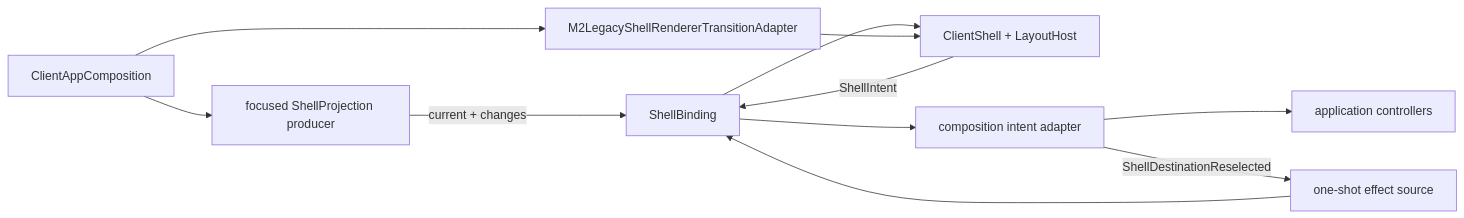
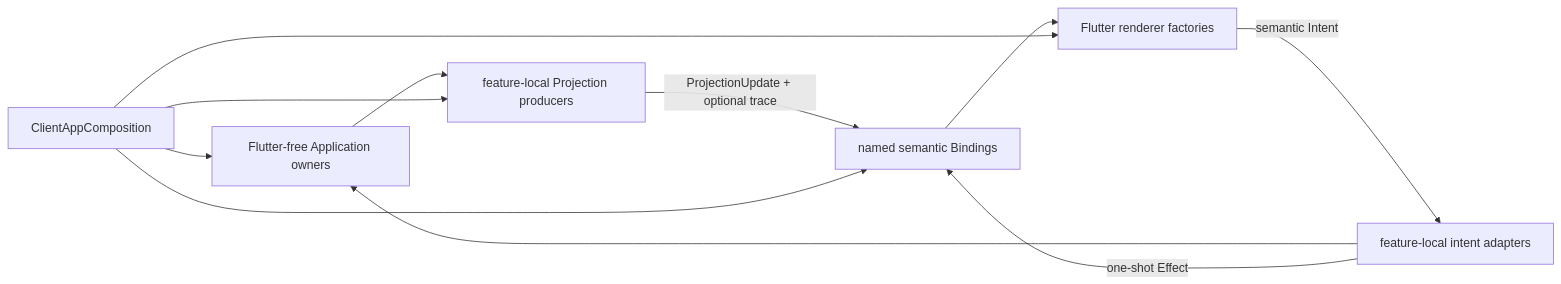
The second of 2 diagrams in docs/architecture/README.md (LicoLand/LicoUp), drawn with Mermaid before and after one commit. The commit also changed other lines of this file and 456 other files, not shown here.

````diff
--- a/docs/architecture/README.md
+++ b/docs/architecture/README.md
@@ -209,13 +209,13 @@
 ```mermaid
 flowchart LR
-    C["ClientAppComposition"] --> P["focused ShellProjection producer"]
-    P -->|"current + changes"| B["ShellBinding"]
-    B --> R["ClientShell + LayoutHost"]
-    R -->|"ShellIntent"| B
-    B --> I["composition intent adapter"]
-    I --> A["application controllers"]
-    I -->|"ShellDestinationReselected"| E["one-shot effect source"]
-    E --> B
-    C --> T["M2LegacyShellRendererTransitionAdapter"]
-    T --> R
+    A["Flutter-free Application owners"] --> P["feature-local Projection producers"]
+    P -->|"ProjectionUpdate + optional trace"| B["named semantic Bindings"]
+    B --> R["Flutter renderer factories"]
+    R -->|"semantic Intent"| I["feature-local intent adapters"]
+    I --> A
+    I -->|"one-shot Effect"| B
+    C["ClientAppComposition"] --> A
+    C --> P
+    C --> B
+    C --> R
 ```
````
